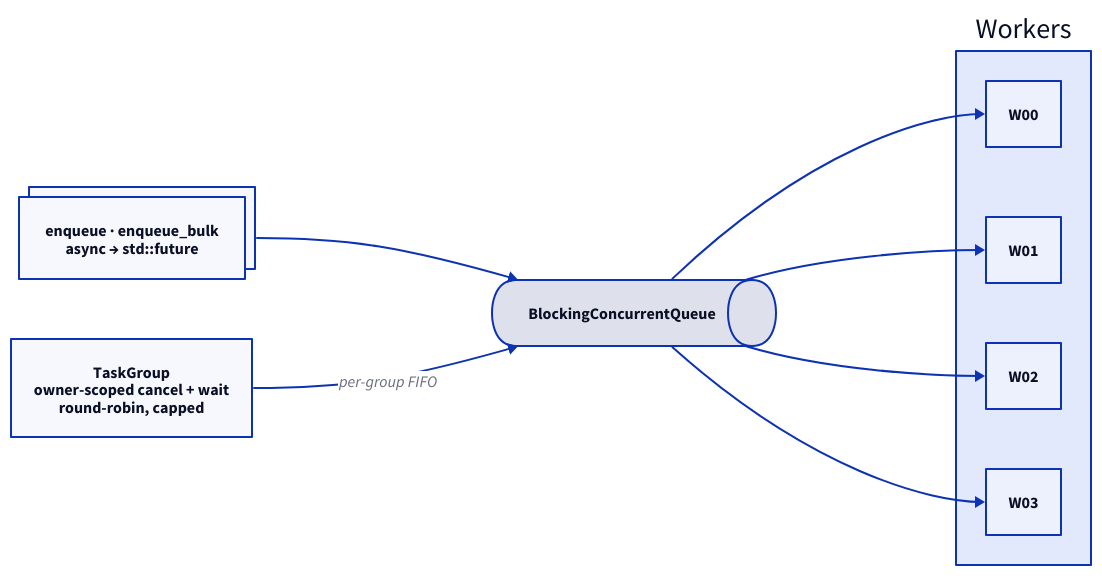
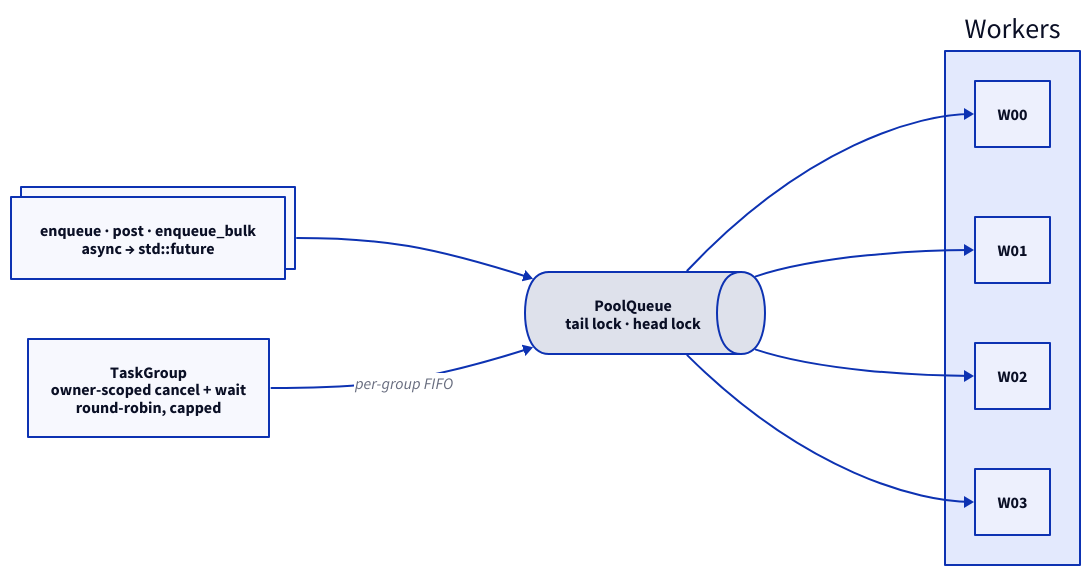
One commit to Kronuz/threadpool changed the diagram in docs/threadpool.d2. Above: the diagram before and after it, drawn with D2. The commit also changed 6 other files, not shown here.

First line of the commit message:
Document the pool's queue, its tasks and what they measured

```diff
--- a/docs/threadpool.d2
+++ b/docs/threadpool.d2
@@ -1,30 +1,30 @@
-# threadpool: producers enqueue; named workers pull from one blocking queue.
+# threadpool: producers enqueue; named workers pull from one queue.
 # Render: d2 --layout elk --sketch --theme 302 docs/threadpool.d2 docs/threadpool.svg
 direction: right
 
 callers: Callers {
   style.multiple: true
-  label: "enqueue · enqueue_bulk\nasync → std::future"
+  label: "enqueue · post · enqueue_bulk\nasync → std::future"
 }
 
 group: TaskGroup {
   label: "TaskGroup\nowner-scoped cancel + wait\nround-robin, capped"
 }
 
-queue: BlockingConcurrentQueue {
+queue: "PoolQueue\ntail lock · head lock" {
   shape: queue
 }
 
 workers: Workers {
   w0: "W00"
   w1: "W01"
   w2: "W02"
   w3: "W03"
 }
 
 callers -> queue
 group -> queue: "per-group FIFO"
 queue -> workers.w0
 queue -> workers.w1
 queue -> workers.w2
 queue -> workers.w3
```
